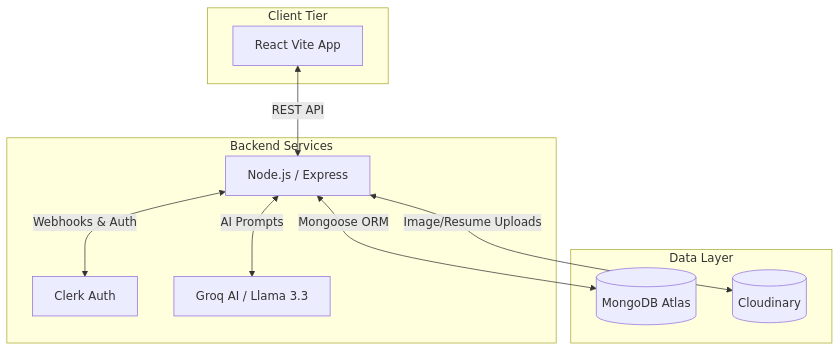
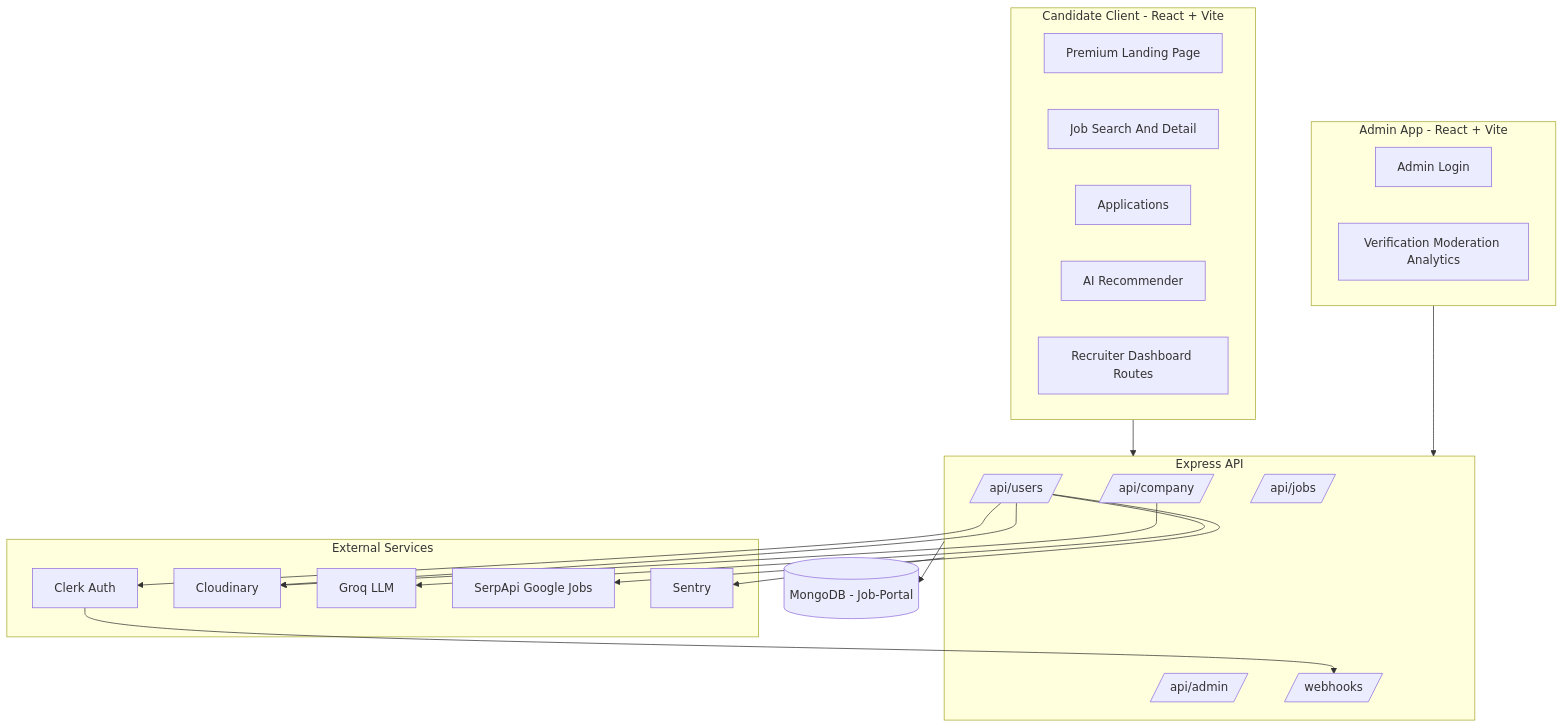
The fourth of 8 diagrams in README.md (SarthakDudhe/InsiderJobs), drawn with Mermaid before and after one commit. The commit also changed other lines of this file, not shown here.

Commit message:
Enhance README.md: Update project description, add visual placeholders, and restructure sections for clarity. Improve feature showcase and technical details, including API reference and environment variable setup.

````diff
--- a/README.md
+++ b/README.md
@@ -123,23 +306,44 @@
 ```mermaid
-flowchart TD
-    subgraph Client Tier
-        UI[React Vite App]
-    end
+flowchart TB
+  subgraph Client["Candidate Client - React + Vite"]
+    Landing[Premium Landing Page]
+    Jobs[Job Search And Detail]
+    Apps[Applications]
+    AI[AI Recommender]
+    Recruiter[Recruiter Dashboard Routes]
+  end
 
-    subgraph Backend Services
-        API[Node.js / Express]
-        Clerk[Clerk Auth]
-        Groq[Groq AI / Llama 3.3]
-    end
+  subgraph Admin["Admin App - React + Vite"]
+    AdminLogin[Admin Login]
+    AdminPanel[Verification Moderation Analytics]
+  end
 
-    subgraph Data Layer
-        Mongo[(MongoDB Atlas)]
-        Cloudinary[(Cloudinary)]
-    end
+  subgraph API["Express API"]
+    JobRoutes[/api/jobs/]
+    UserRoutes[/api/users/]
+    CompanyRoutes[/api/company/]
+    AdminRoutes[/api/admin/]
+    Webhooks[/webhooks/]
+  end
 
-    UI <-->|REST API| API
-    API <-->|Webhooks & Auth| Clerk
-    API <-->|AI Prompts| Groq
-    API <-->|Mongoose ORM| Mongo
-    API <-->|Image/Resume Uploads| Cloudinary
+  subgraph External["External Services"]
+    Clerk[Clerk Auth]
+    Cloudinary[Cloudinary]
+    Groq[Groq LLM]
+    Serp[SerpApi Google Jobs]
+    Sentry[Sentry]
+  end
+
+  Mongo[(MongoDB - Job-Portal)]
+
+  Client --> API
+  Admin --> API
+  Clerk --> Webhooks
+  API --> Mongo
+  UserRoutes --> Cloudinary
+  CompanyRoutes --> Cloudinary
+  UserRoutes --> Clerk
+  UserRoutes --> Groq
+  UserRoutes --> Serp
+  API --> Sentry
 ```
````
